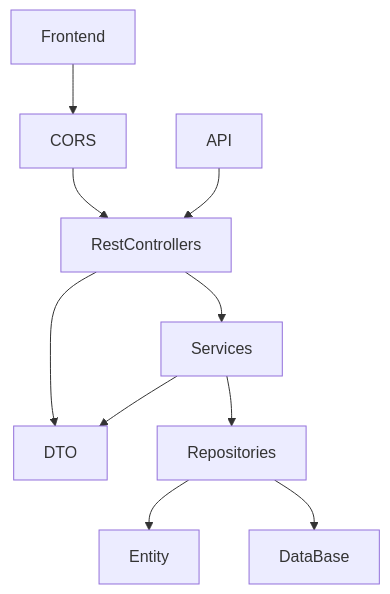
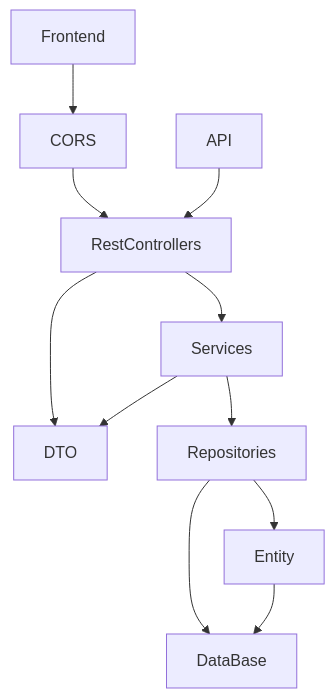
The diagram in README.md (jitenpro/Aquarium-Backend), drawn with Mermaid before and after one commit.

````diff
--- a/README.md
+++ b/README.md
@@ -7,12 +7,13 @@
 ```mermaid
 graph TD;
     Frontend-->CORS;
     CORS-->RestControllers;
     API-->RestControllers;
     RestControllers-->Services;
     RestControllers-->DTO;
     Services-->Repositories;
     Services-->DTO;
     Repositories-->Entity;
     Repositories-->DataBase;
+    Entity-->DataBase;
 ```
````
